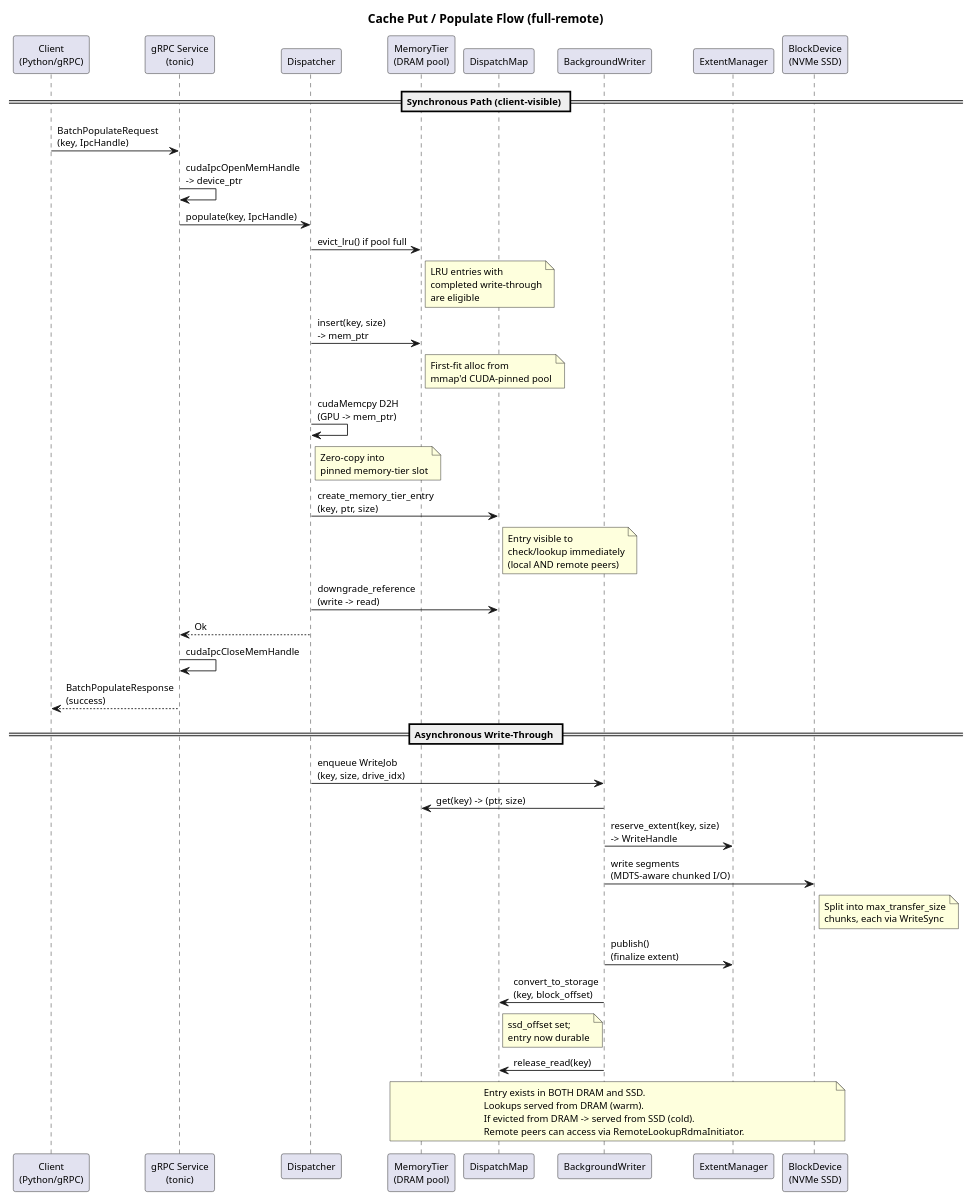
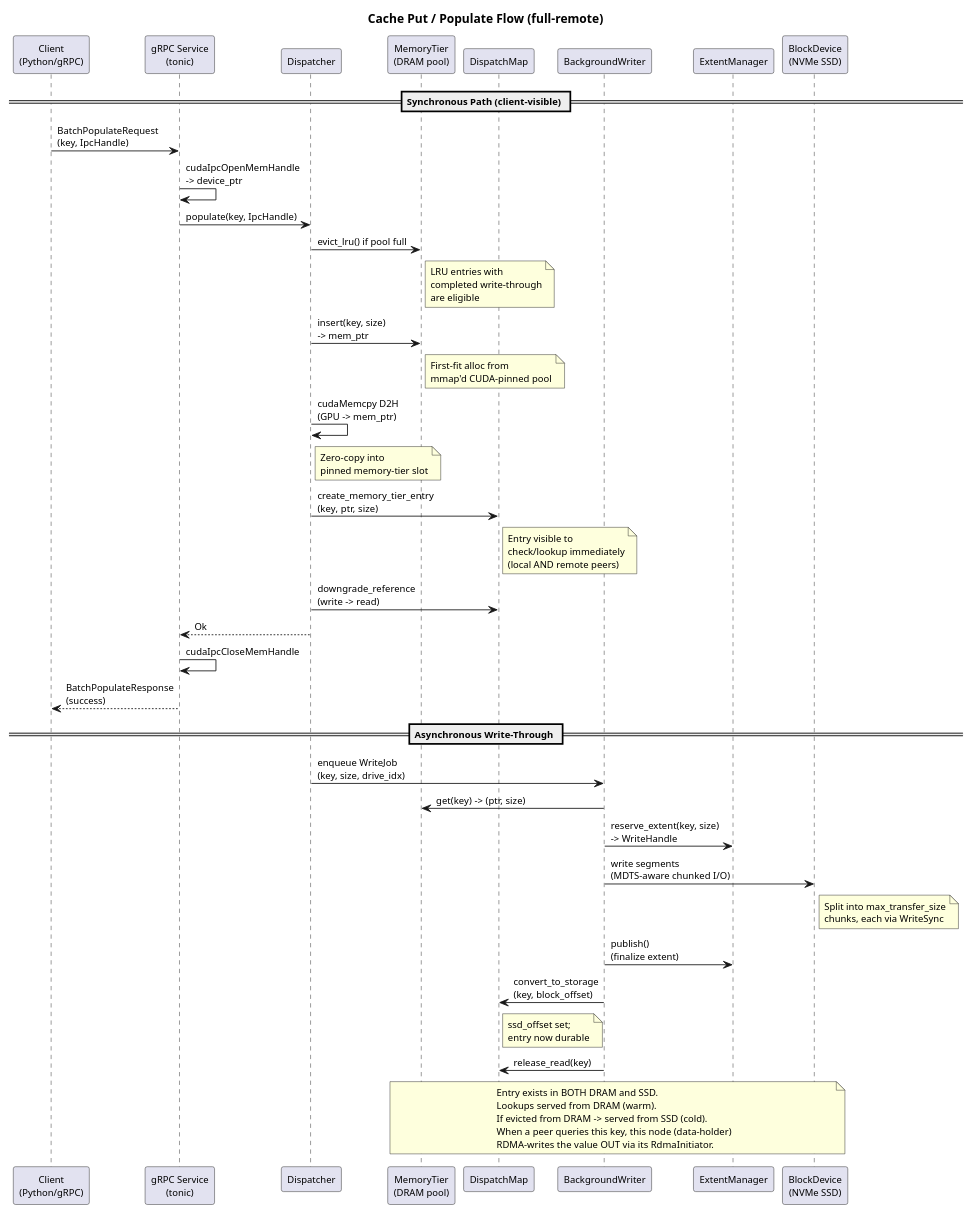
One commit to AI-native-Systems-Research/ai-native-storage-certus changed the diagram in design/profiles/full-remote/design-spec-put-flow.puml. Above: the diagram before and after it, drawn with PlantUML. The commit also changed 13 other files, not shown here.

First line of the commit message:
docs(design): add architecture overview graphic; sync full-remote docs to code

```diff
--- a/design/profiles/full-remote/design-spec-put-flow.puml
+++ b/design/profiles/full-remote/design-spec-put-flow.puml
@@ -1,56 +1,56 @@
 @startuml
 skinparam shadowing false
 skinparam defaultFontSize 11
 
 title Cache Put / Populate Flow (full-remote)
 
 participant "Client\n(Python/gRPC)" as client
 participant "gRPC Service\n(tonic)" as grpc
 participant "Dispatcher" as disp
 participant "MemoryTier\n(DRAM pool)" as mt
 participant "DispatchMap" as dm
 participant "BackgroundWriter" as bgw
 participant "ExtentManager" as em
 participant "BlockDevice\n(NVMe SSD)" as ssd
 
 == Synchronous Path (client-visible) ==
 
 client -> grpc: BatchPopulateRequest\n(key, IpcHandle)
 grpc -> grpc: cudaIpcOpenMemHandle\n-> device_ptr
 grpc -> disp: populate(key, IpcHandle)
 
 disp -> mt: evict_lru() if pool full
 note right of mt: LRU entries with\ncompleted write-through\nare eligible
 
 disp -> mt: insert(key, size)\n-> mem_ptr
 note right of mt: First-fit alloc from\nmmap'd CUDA-pinned pool
 
 disp -> disp: cudaMemcpy D2H\n(GPU -> mem_ptr)
 note right of disp: Zero-copy into\npinned memory-tier slot
 
 disp -> dm: create_memory_tier_entry\n(key, ptr, size)
 note right of dm: Entry visible to\ncheck/lookup immediately\n(local AND remote peers)
 
 disp -> dm: downgrade_reference\n(write -> read)
 
 disp --> grpc: Ok
 grpc -> grpc: cudaIpcCloseMemHandle
 grpc --> client: BatchPopulateResponse\n(success)
 
 == Asynchronous Write-Through ==
 
 disp -> bgw: enqueue WriteJob\n(key, size, drive_idx)
 bgw -> mt: get(key) -> (ptr, size)
 bgw -> em: reserve_extent(key, size)\n-> WriteHandle
 bgw -> ssd: write segments\n(MDTS-aware chunked I/O)
 note right of ssd: Split into max_transfer_size\nchunks, each via WriteSync
 
 bgw -> em: publish()\n(finalize extent)
 bgw -> dm: convert_to_storage\n(key, block_offset)
 note right of dm: ssd_offset set;\nentry now durable
 
 bgw -> dm: release_read(key)
 
-note over mt, ssd: Entry exists in BOTH DRAM and SSD.\nLookups served from DRAM (warm).\nIf evicted from DRAM -> served from SSD (cold).\nRemote peers can access via RemoteLookupRdmaInitiator.
+note over mt, ssd: Entry exists in BOTH DRAM and SSD.\nLookups served from DRAM (warm).\nIf evicted from DRAM -> served from SSD (cold).\nWhen a peer queries this key, this node (data-holder)\nRDMA-writes the value OUT via its RdmaInitiator.
 
 @enduml
```
